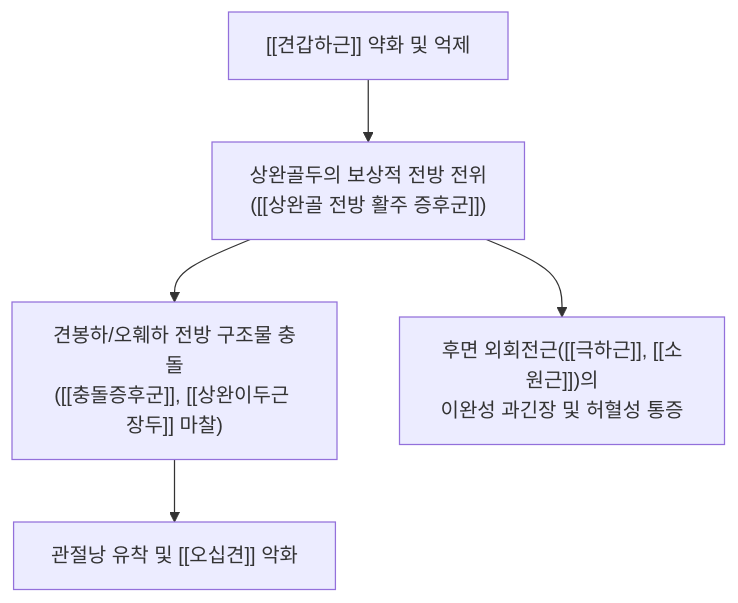
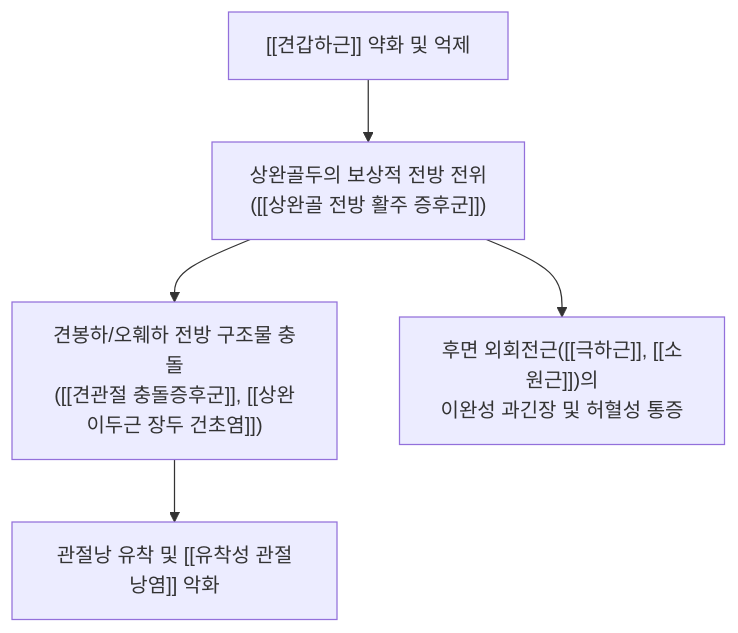
One commit to simbio11/simbio-digital-garden2 changed the first of 2 diagrams in content/1. 근골격계 공부/근육/(4) 어깨/견갑하근.md. Above: the diagram before and after it, drawn with Mermaid. The commit also changed other lines of this file and 487 other files, not shown here.

````diff
--- a/content/1. 근골격계 공부/근육/(4) 어깨/견갑하근.md
+++ b/content/1. 근골격계 공부/근육/(4) 어깨/견갑하근.md
@@ -43,7 +48,10 @@
 ```mermaid
 graph TD
-    SubscapWeak["[[견갑하근]] 약화 및 억제"] --> HumeralAntGlide["상완골두의 보상적 전방 전위\n([[상완골 전방 활주 증후군]])"]
-    HumeralAntGlide --> Impingement["견봉하/오훼하 전방 구조물 충돌\n([[충돌증후군]], [[상완이두근 장두]] 마찰)"]
-    HumeralAntGlide --> ExtRotSpasm["후면 외회전근([[극하근]], [[소원근]])의\n이완성 과긴장 및 허혈성 통증"]
-    Impingement --> FrozenShoulder["관절낭 유착 및 [[오십견]] 악화"]
+    SubscapWeak["[[견갑하근]] 약화 및 억제"] --> HumeralAntGlide["상완골두의 보상적 전방 전위
+([[상완골 전방 활주 증후군]])"]
+    HumeralAntGlide --> Impingement["견봉하/오훼하 전방 구조물 충돌
+([[견관절 충돌증후군]], [[상완이두근 장두 건초염]])"]
+    HumeralAntGlide --> ExtRotSpasm["후면 외회전근([[극하근]], [[소원근]])의
+이완성 과긴장 및 허혈성 통증"]
+    Impingement --> FrozenShoulder["관절낭 유착 및 [[유착성 관절낭염]] 악화"]
 ```
````
